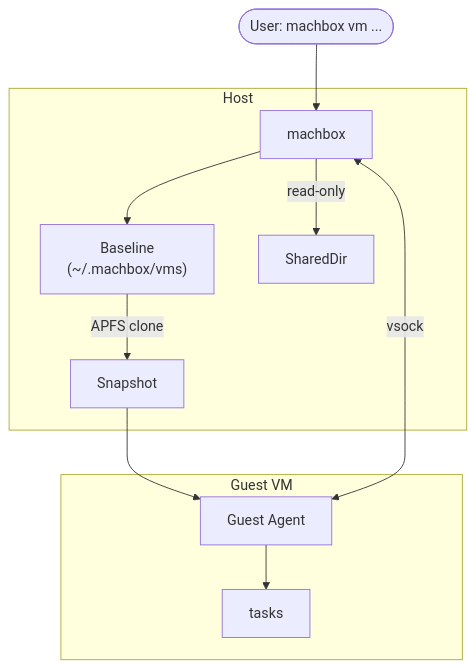
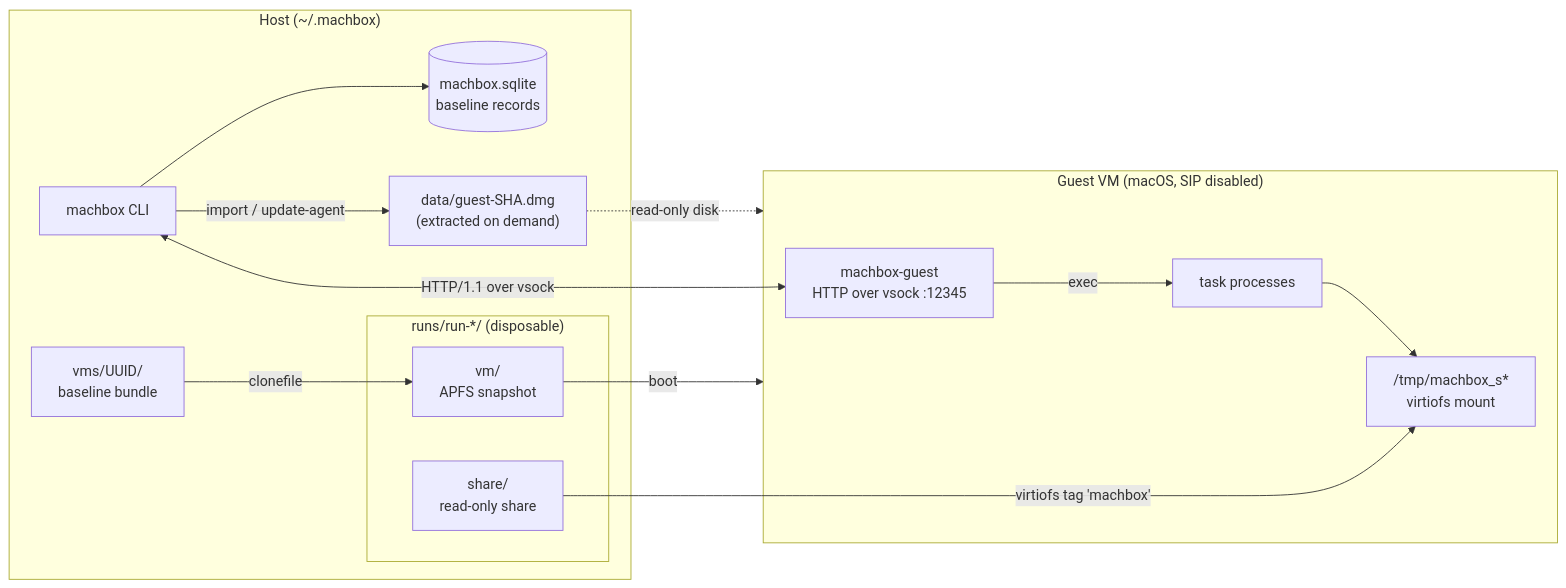
Before and after one commit to ac0d3r/machbox: the diagram in docs/architecture.md, drawn with Mermaid. The commit also changed other lines of this file, not shown here.

Commit message:
docs: regenerate architecture for bundles, runs and HTTP agent

````diff
--- a/docs/architecture.md
+++ b/docs/architecture.md
@@ -3,24 +9,29 @@
 ```mermaid
-flowchart TB
-    User(["User: machbox vm ..."])
-
-    subgraph Host["Host"]
-        Machbox["machbox"]
-        Baseline["Baseline<br>(~/.machbox/vms)"]
-        Snapshot["Snapshot"]
-        ShareDir["SharedDir"]
+flowchart LR
+    subgraph Host["Host (~/.machbox)"]
+        CLI["machbox CLI"]
+        DB[("machbox.sqlite<br>baseline records")]
+        GuestDMG["data/guest-SHA.dmg<br>(extracted on demand)"]
+        Baseline["vms/UUID/<br>baseline bundle"]
+        subgraph Run["runs/run-*/ (disposable)"]
+            Snap["vm/<br>APFS snapshot"]
+            Share["share/<br>read-only share"]
+        end
     end
 
-    subgraph Guest["Guest VM"]
-        Agent["Guest Agent"]
-        Task["tasks"]
+    subgraph Guest["Guest VM (macOS, SIP disabled)"]
+        Agent["machbox-guest<br>HTTP over vsock :12345"]
+        Proc["task processes"]
+        Mount["/tmp/machbox_s*<br>virtiofs mount"]
     end
 
-    User --> Machbox
-    Machbox --> Baseline
-    Baseline --> |APFS clone|Snapshot
-    Machbox --> |read-only|ShareDir
-    Snapshot --> Agent
-    Machbox <--> |vsock|Agent
-    Agent --> Task
+    CLI --> DB
+    CLI -->|import / update-agent| GuestDMG
+    GuestDMG -.->|read-only disk| Guest
+    Baseline -->|clonefile| Snap
+    Snap -->|boot| Guest
+    Share -->|virtiofs tag 'machbox'| Mount
+    CLI <-->|HTTP/1.1 over vsock| Agent
+    Agent -->|exec| Proc
+    Proc --> Mount
 ```
````
